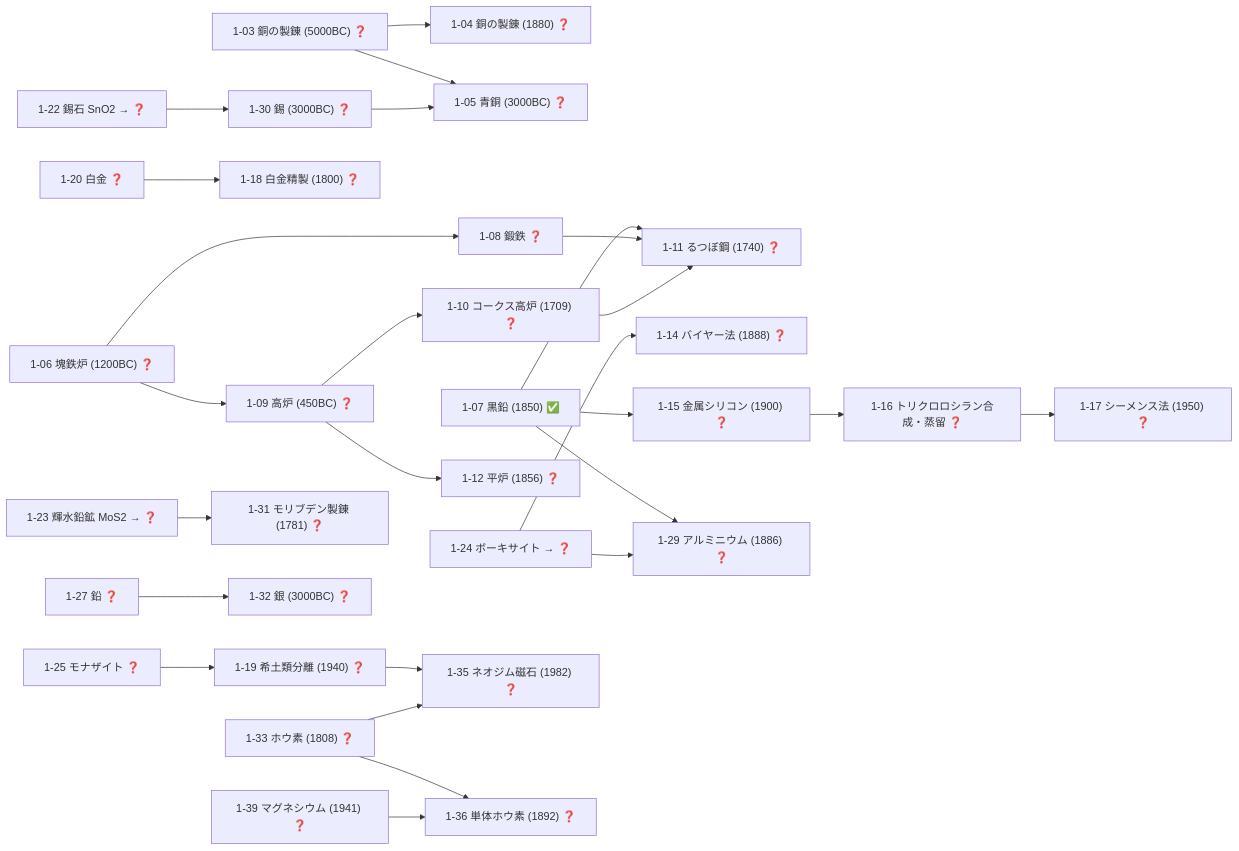
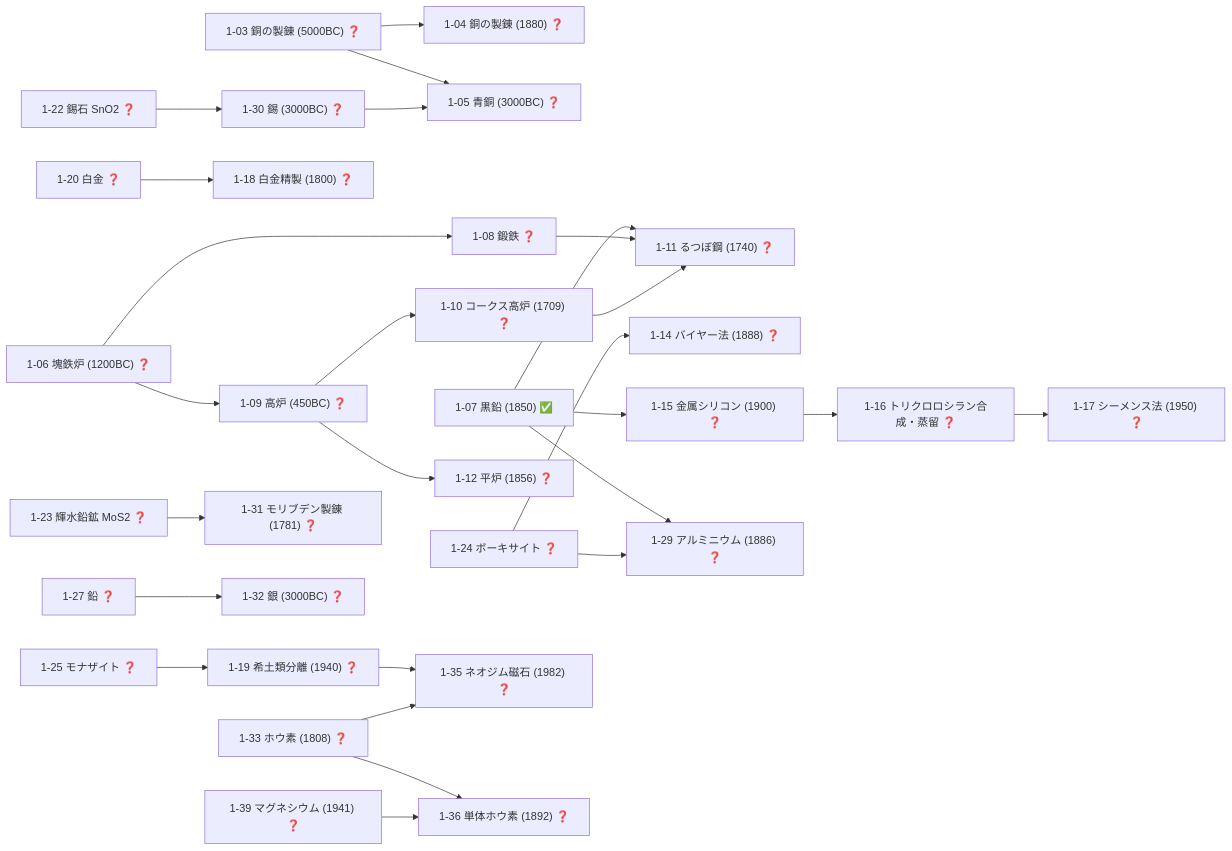
Before and after one commit to taku3i0317-collab/semiconductor-lab: the fourth of 19 diagrams in docs/TECH_TREE_VIEW.md, drawn with Mermaid. The commit also changed other lines of this file and 3 other files, not shown here.

````diff
--- a/docs/TECH_TREE_VIEW.md
+++ b/docs/TECH_TREE_VIEW.md
@@ -159,58 +159,58 @@
 ```mermaid
 graph LR
   n1_03["1-03 銅の製錬 (5000BC) ❓"]
   n1_04["1-04 銅の製錬 (1880) ❓"]
   n1_05["1-05 青銅 (3000BC) ❓"]
   n1_06["1-06 塊鉄炉 (1200BC) ❓"]
   n1_07["1-07 黒鉛 (1850) ✅"]
   n1_08["1-08 鍛鉄 ❓"]
   n1_09["1-09 高炉 (450BC) ❓"]
   n1_10["1-10 コークス高炉 (1709) ❓"]
   n1_11["1-11 るつぼ鋼 (1740) ❓"]
   n1_12["1-12 平炉 (1856) ❓"]
   n1_14["1-14 バイヤー法 (1888) ❓"]
   n1_15["1-15 金属シリコン (1900) ❓"]
   n1_16["1-16 トリクロロシラン合成・蒸留 ❓"]
   n1_17["1-17 シーメンス法 (1950) ❓"]
   n1_18["1-18 白金精製 (1800) ❓"]
   n1_19["1-19 希土類分離 (1940) ❓"]
   n1_20["1-20 白金 ❓"]
-  n1_22["1-22 錫石 SnO2 → ❓"]
-  n1_23["1-23 輝水鉛鉱 MoS2 → ❓"]
-  n1_24["1-24 ボーキサイト → ❓"]
+  n1_22["1-22 錫石 SnO2 ❓"]
+  n1_23["1-23 輝水鉛鉱 MoS2 ❓"]
+  n1_24["1-24 ボーキサイト ❓"]
   n1_25["1-25 モナザイト ❓"]
   n1_27["1-27 鉛 ❓"]
   n1_29["1-29 アルミニウム (1886) ❓"]
   n1_30["1-30 錫 (3000BC) ❓"]
   n1_31["1-31 モリブデン製錬 (1781) ❓"]
   n1_32["1-32 銀 (3000BC) ❓"]
   n1_33["1-33 ホウ素 (1808) ❓"]
   n1_35["1-35 ネオジム磁石 (1982) ❓"]
   n1_36["1-36 単体ホウ素 (1892) ❓"]
   n1_39["1-39 マグネシウム (1941) ❓"]
   n1_03-->n1_04
   n1_03-->n1_05
   n1_30-->n1_05
   n1_06-->n1_08
   n1_06-->n1_09
   n1_09-->n1_10
   n1_07-->n1_11
   n1_08-->n1_11
   n1_10-->n1_11
   n1_09-->n1_12
   n1_24-->n1_14
   n1_07-->n1_15
   n1_15-->n1_16
   n1_16-->n1_17
   n1_20-->n1_18
   n1_25-->n1_19
   n1_07-->n1_29
   n1_24-->n1_29
   n1_22-->n1_30
   n1_23-->n1_31
   n1_27-->n1_32
   n1_19-->n1_35
   n1_33-->n1_35
   n1_33-->n1_36
   n1_39-->n1_36
 ```
````
